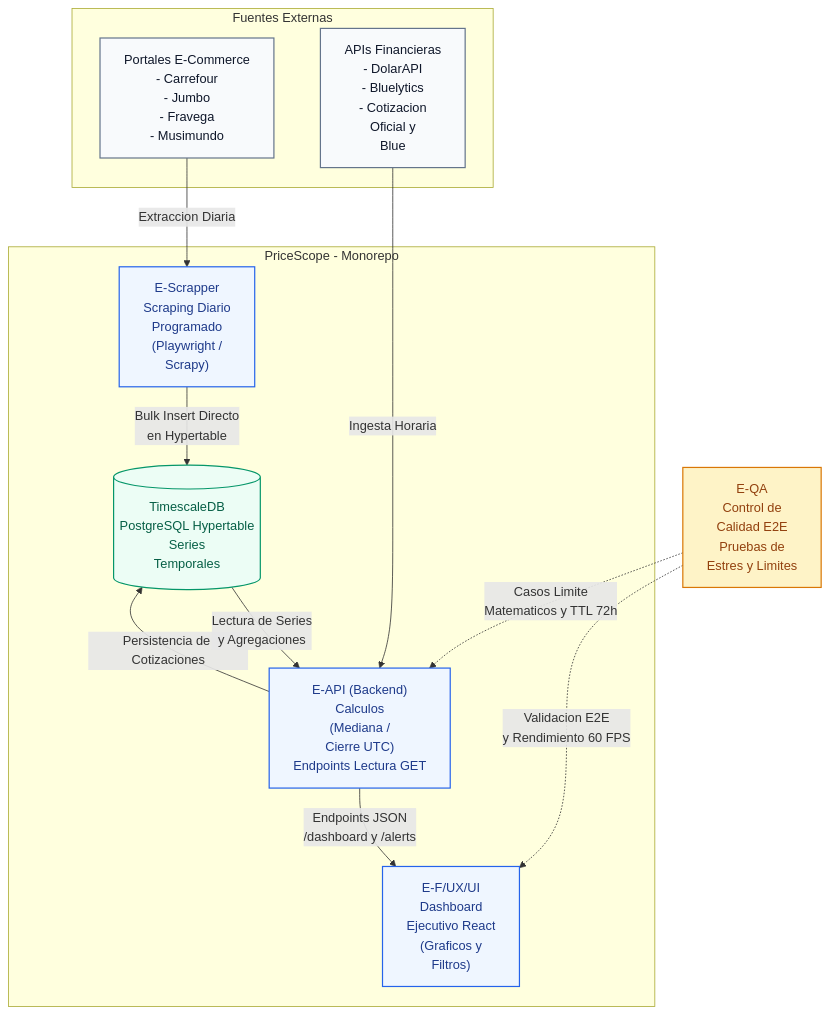
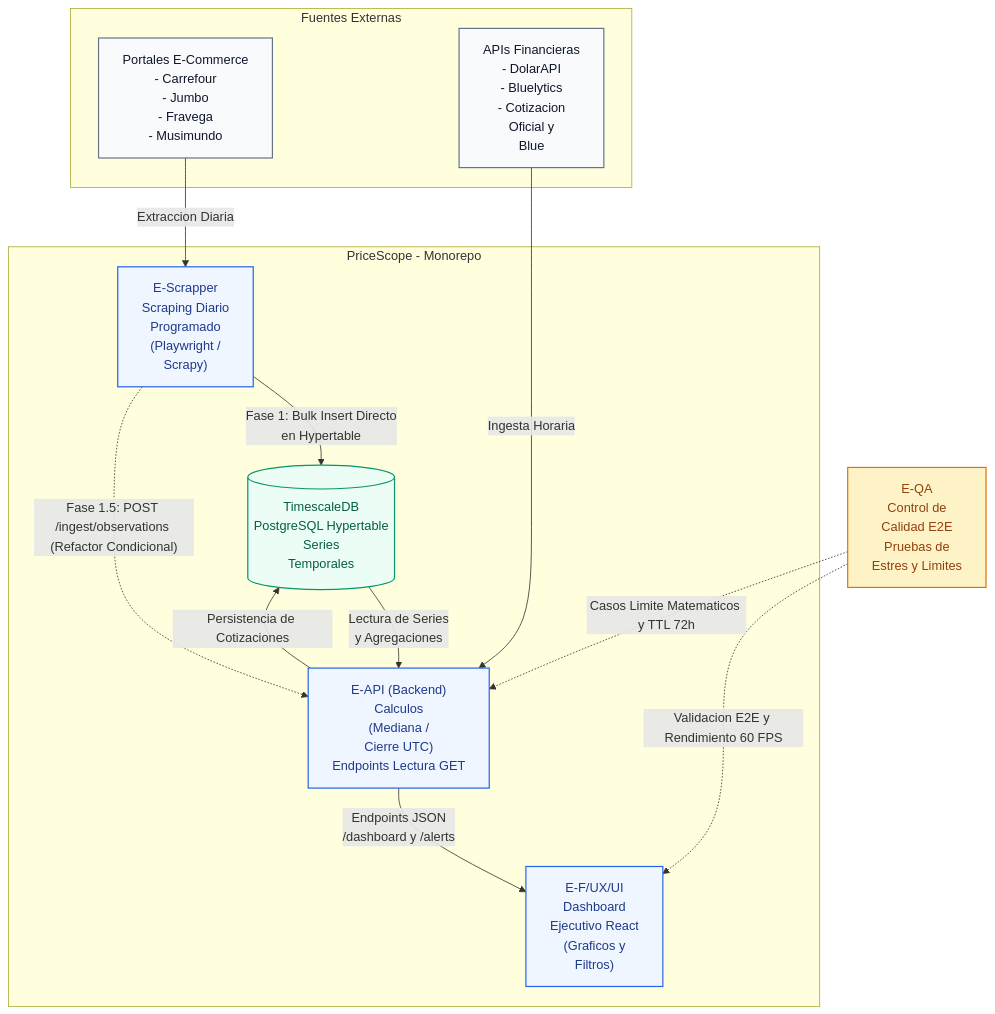
The diagram in docs/01-analisis/01-SRS-PriceScope.md (Alejoho/S10-26-E2-PriceScope_Practice), drawn with Mermaid before and after one commit. The commit also changed other lines of this file, not shown here.

Commit message:
refactor: update flowchart connections and enhance architectural notes in SRS document

````diff
--- a/docs/01-analisis/01-SRS-PriceScope.md
+++ b/docs/01-analisis/01-SRS-PriceScope.md
@@ -66,42 +66,43 @@
 ```mermaid
 flowchart TD
     %% Fuentes Externas
     subgraph Fuentes ["Fuentes Externas"]
         ECOM["Portales E-Commerce<br/>- Carrefour<br/>- Jumbo<br/>- Fravega<br/>- Musimundo"]
         FIN["APIs Financieras<br/>- DolarAPI<br/>- Bluelytics<br/>- Cotizacion <br/>Oficial y <br/>Blue"]
     end
 
     %% Pipeline Interno
     subgraph Core ["PriceScope - Monorepo"]
         SCRAP["E-Scrapper<br/>Scraping Diario <br/>Programado<br/>(Playwright / <br/>Scrapy)"]
         DB[("TimescaleDB<br/>PostgreSQL Hypertable<br/>Series <br/>Temporales")]
         API["E-API (Backend)<br/>Calculos <br/>(Mediana / <br/>Cierre UTC)<br/>Endpoints Lectura GET"]
         UI["E-F/UX/UI<br/>Dashboard <br/>Ejecutivo React<br/>(Graficos y<br/> Filtros)"]
     end
 
     %% Célula de Calidad
     QA["E-QA<br/>Control de<br/> Calidad E2E<br/>Pruebas de <br/>Estres y Limites"]
 
-    %% Conexiones Directas MVP
+    %% Conexiones Directas MVP y Phasing
     ECOM -->|Extraccion Diaria| SCRAP
-    SCRAP -->|Bulk Insert Directo<br/>en Hypertable| DB
+    SCRAP -->|Fase 1: Bulk Insert Directo<br/>en Hypertable| DB
+    SCRAP -.->|"Fase 1.5: POST /ingest/observations (Refactor Condicional)"| API
     FIN -->|Ingesta Horaria| API
     API -->|Persistencia de Cotizaciones| DB
     DB -->|Lectura de Series<br/>y Agregaciones| API
     API -->|Endpoints JSON<br/>/dashboard y /alerts| UI
 
     %% Conexiones de QA corregidas
-    QA -. "Validacion E2E<br/>y Rendimiento 60 FPS" .-> UI
-    QA -. "Casos Limite<br/>Matematicos y TTL 72h" .-> API
+    QA -.->|"Validacion E2E y Rendimiento 60 FPS"| UI
+    QA -.->|"Casos Limite Matematicos y TTL 72h"| API
 
     %% Estilos Visuales
     classDef extern fill:#f8fafc,stroke:#64748b,stroke-width:1.5px,color:#0f172a;
     classDef core fill:#eff6ff,stroke:#2563eb,stroke-width:1.5px,color:#1e3a8a;
     classDef db fill:#ecfdf5,stroke:#059669,stroke-width:1.5px,color:#065f46;
     classDef qa fill:#fef3c7,stroke:#d97706,stroke-width:1.5px,color:#92400e;
 
     class ECOM,FIN extern;
     class SCRAP,API,UI core;
     class DB db;
     class QA qa;
 ```
````
